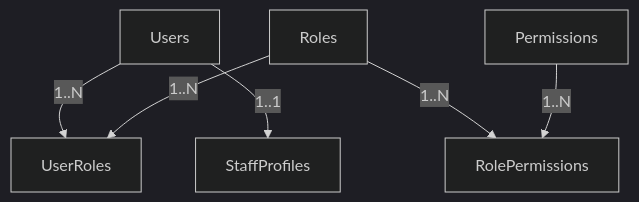
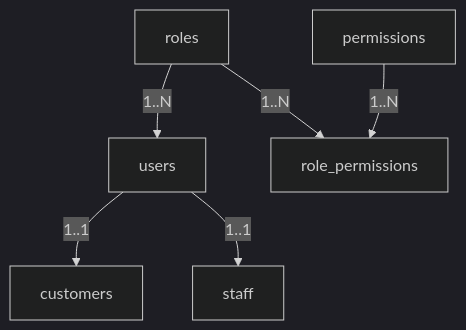
The diagram in Design DB/module 1 database.md (hungpptit/smart-logistics-platform), drawn with Mermaid (dark theme) before and after one commit. The commit also changed other lines of this file and 32 other files, not shown here.

````diff
--- a/Design DB/module 1 database.md
+++ b/Design DB/module 1 database.md
@@ -37,8 +29,8 @@
 ```mermaid
 graph TD
-    Users[Users] -->|1..N| UserRoles[UserRoles]
-    Users -->|1..1| StaffProfiles[StaffProfiles]
-    Roles[Roles] -->|1..N| UserRoles
-    Roles -->|1..N| RolePermissions[RolePermissions]
-    Permissions[Permissions] -->|1..N| RolePermissions
+    Users[users] -->|1..1| Customers[customers]
+    Users -->|1..1| Staff[staff]
+    Roles[roles] -->|1..N| Users
+    Roles -->|1..N| RolePermissions[role_permissions]
+    Permissions[permissions] -->|1..N| RolePermissions
 ```
````
